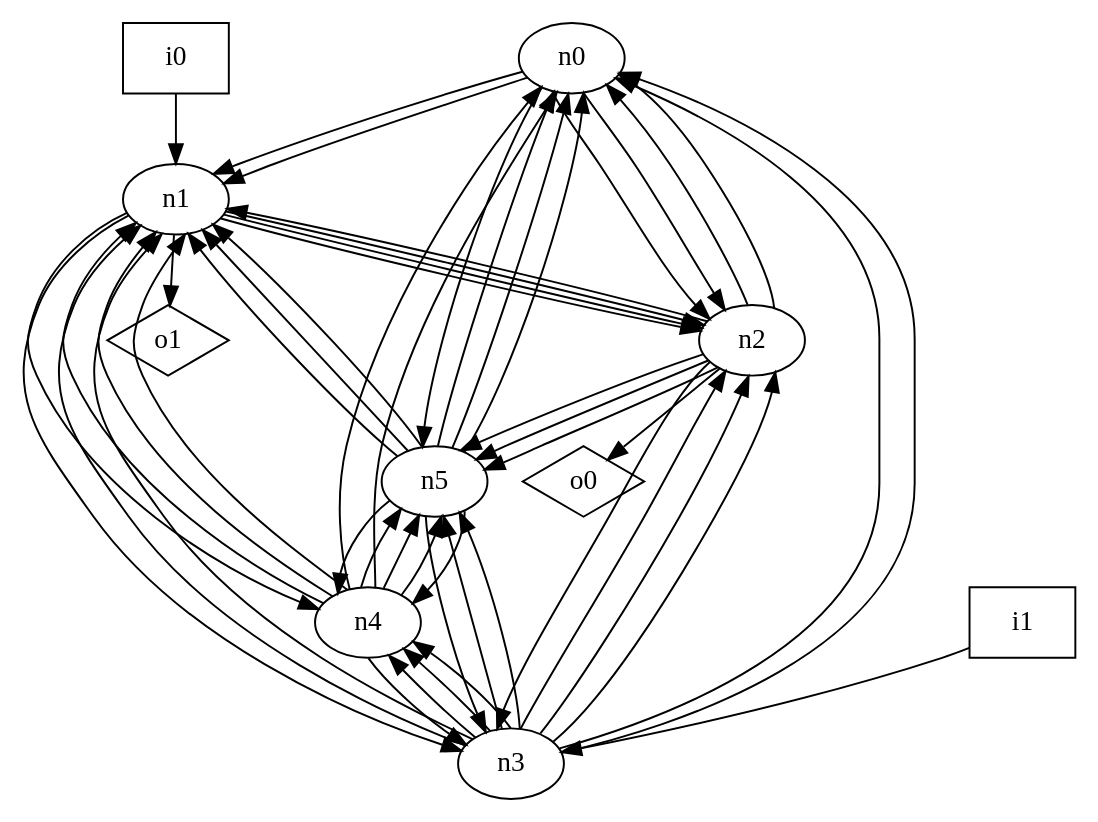
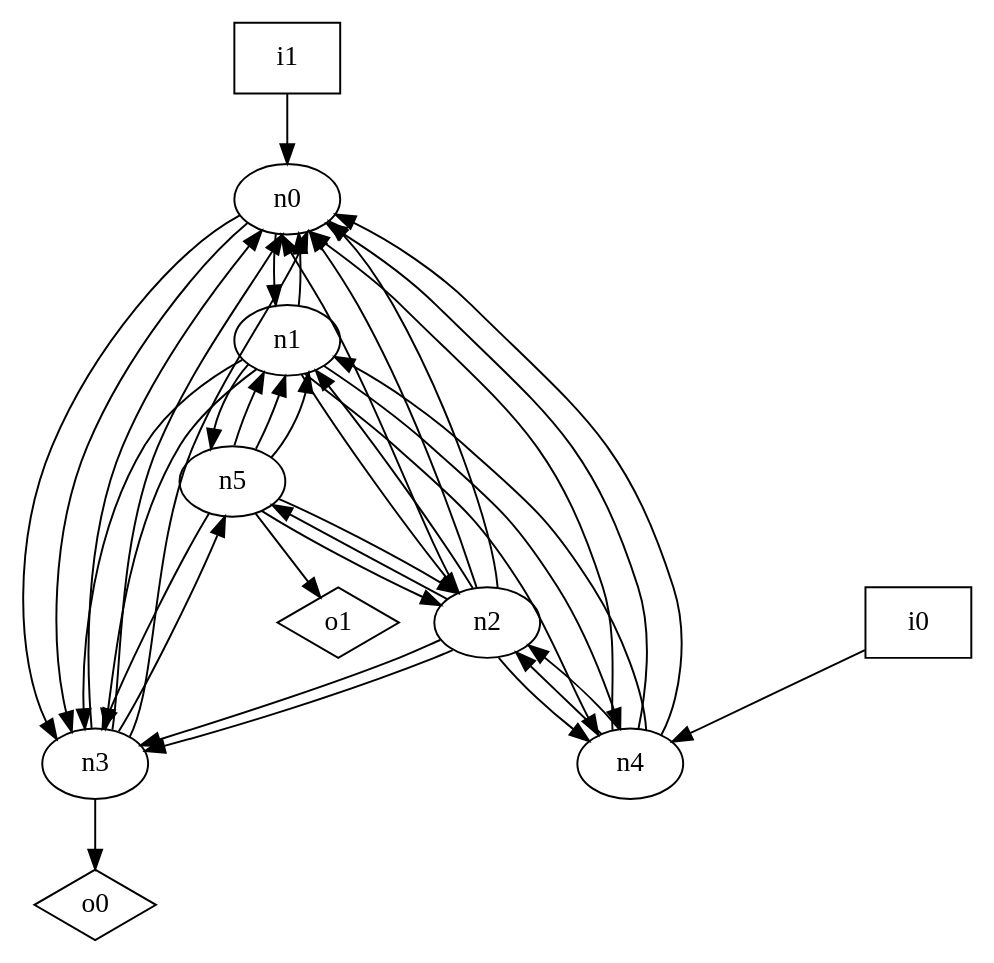
One commit to p9romain/bool-circuits changed the diagram in dot_files/random/random_loop_free_graph.dot. Above: the diagram before and after it, drawn with Graphviz. The commit also changed 28 other files, not shown here.

```diff
--- a/dot_files/random/random_loop_free_graph.dot
+++ b/dot_files/random/random_loop_free_graph.dot
@@ -1,63 +1,50 @@
 digraph G {
 n0 [label="n0"];
 n1 [label="n1"];
 n2 [label="n2"];
 n3 [label="n3"];
 n4 [label="n4"];
 n5 [label="n5"];
 n6 [label="i0",shape="box"];
 n7 [label="i1",shape="box"];
 n8 [label="o0",shape="diamond"];
 n9 [label="o1",shape="diamond"];
 n0 -> n1
-n0 -> n1
-n0 -> n2
-n0 -> n2
-n0 -> n5
-n1 -> n2
-n1 -> n2
+n0 -> n3
+n0 -> n3
+n1 -> n0
 n1 -> n2
 n1 -> n3
+n1 -> n3
 n1 -> n4
-n1 -> n9
+n1 -> n4
+n1 -> n5
+n2 -> n0
 n2 -> n0
 n2 -> n0
 n2 -> n1
 n2 -> n3
+n2 -> n3
+n2 -> n4
 n2 -> n5
-n2 -> n5
-n2 -> n5
-n2 -> n8
 n3 -> n0
 n3 -> n0
-n3 -> n1
-n3 -> n1
-n3 -> n2
-n3 -> n2
-n3 -> n2
-n3 -> n4
-n3 -> n4
-n3 -> n4
+n3 -> n0
 n3 -> n5
-n3 -> n5
+n3 -> n8
+n4 -> n0
 n4 -> n0
 n4 -> n0
 n4 -> n1
-n4 -> n1
-n4 -> n1
-n4 -> n3
-n4 -> n5
-n4 -> n5
-n4 -> n5
-n5 -> n0
-n5 -> n0
-n5 -> n0
+n4 -> n2
+n4 -> n2
 n5 -> n1
 n5 -> n1
 n5 -> n1
+n5 -> n2
+n5 -> n2
 n5 -> n3
-n5 -> n4
-n5 -> n4
-n6 -> n1
-n7 -> n3
+n5 -> n9
+n6 -> n4
+n7 -> n0
 }
```
